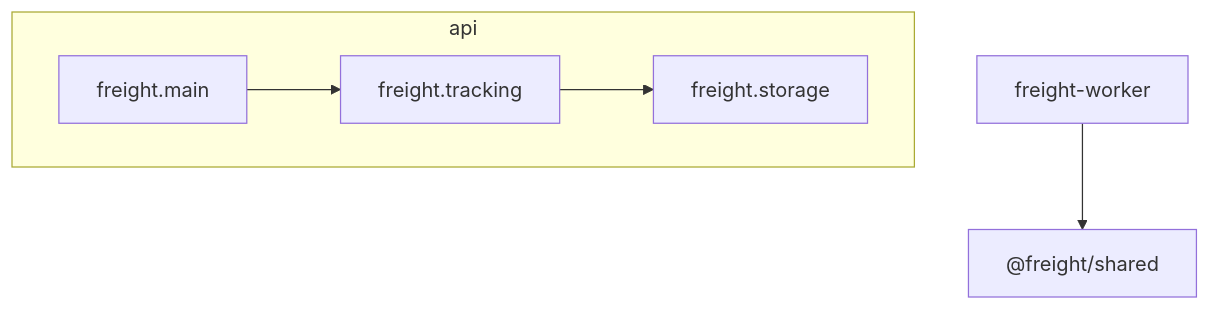
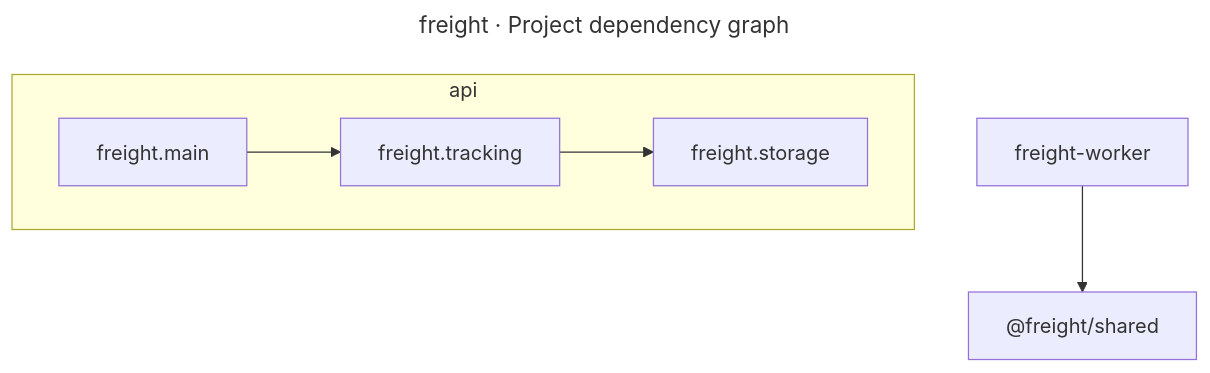
Before and after one commit to ythalorossy/architecture-skills: the fifth of 5 diagrams in tests/golden/freight/output/ArchitectureReport.md, drawn with Mermaid. The commit also changed other lines of this file and 34 other files, not shown here.

First line of the commit message:
feat(report): strengths from the model, split folders, titled dependency graph

````diff
--- a/tests/golden/freight/output/ArchitectureReport.md
+++ b/tests/golden/freight/output/ArchitectureReport.md
@@ -246,13 +250,16 @@
 ```mermaid
+---
+title: "freight · Project dependency graph"
+---
 graph TD
     freight_shared["@freight/shared"]
     freight_worker["freight-worker"]
     subgraph group_api["api"]
         freight_main["freight.main"]
         freight_storage["freight.storage"]
         freight_tracking["freight.tracking"]
     end
     freight_worker --> freight_shared
     freight_main --> freight_tracking
     freight_tracking --> freight_storage
 ```
````
